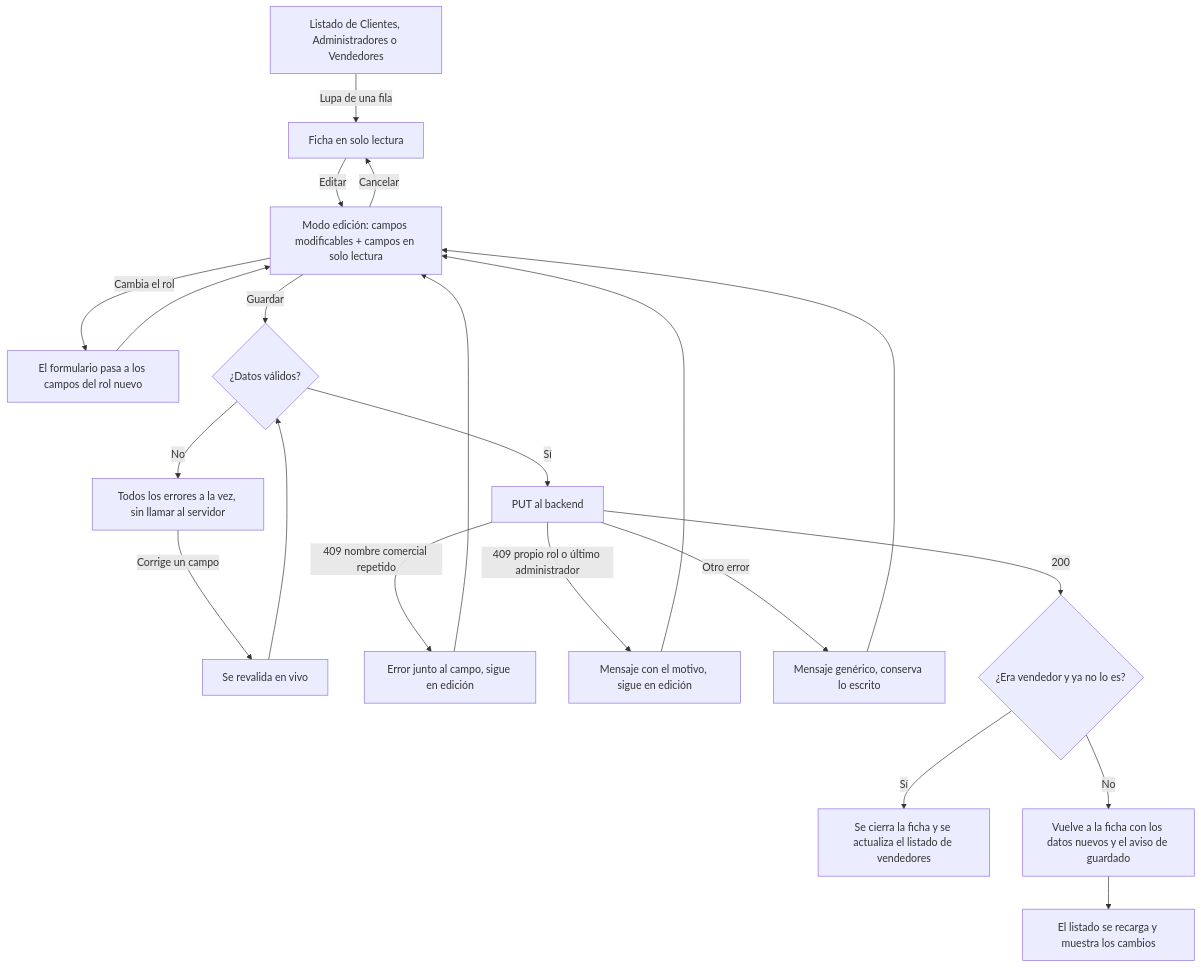
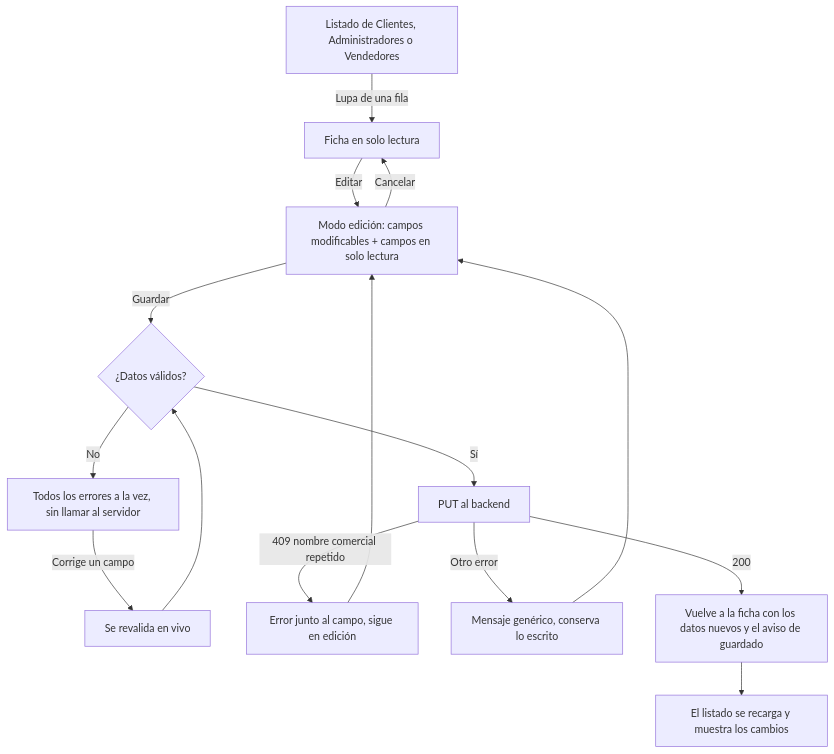
Before and after one commit to ESIBuy-2026-2027/ESIBuy-Mantenimiento: the diagram in frontend/docs/hu22-editar-usuario.md, drawn with Mermaid. The commit also changed other lines of this file, not shown here.

Commit message:
docs(front): el contrato de la HU22 ya no tiene cambio de rol: el rol es de solo lectura y no viaja AB#43

````diff
--- a/frontend/docs/hu22-editar-usuario.md
+++ b/frontend/docs/hu22-editar-usuario.md
@@ -68,23 +61,17 @@
 ```mermaid
 flowchart TD
     A[Listado de Clientes, Administradores o Vendedores] -- Lupa de una fila --> B[Ficha en solo lectura]
     B -- Editar --> C[Modo edición: campos modificables + campos en solo lectura]
     C -- Cancelar --> B
-    C -- Cambia el rol --> R[El formulario pasa a los campos del rol nuevo]
-    R --> C
     C -- Guardar --> D{¿Datos válidos?}
     D -- No --> E[Todos los errores a la vez, sin llamar al servidor]
     E -- Corrige un campo --> F[Se revalida en vivo]
     F --> D
     D -- Sí --> G[PUT al backend]
     G -- 409 nombre comercial repetido --> H[Error junto al campo, sigue en edición]
-    G -- 409 propio rol o último administrador --> M[Mensaje con el motivo, sigue en edición]
     G -- Otro error --> I[Mensaje genérico, conserva lo escrito]
     H --> C
-    M --> C
     I --> C
-    G -- 200 --> J{¿Era vendedor y ya no lo es?}
-    J -- Sí --> L[Se cierra la ficha y se actualiza el listado de vendedores]
-    J -- No --> K[Vuelve a la ficha con los datos nuevos y el aviso de guardado]
+    G -- 200 --> K[Vuelve a la ficha con los datos nuevos y el aviso de guardado]
     K --> N[El listado se recarga y muestra los cambios]
 ```
````
